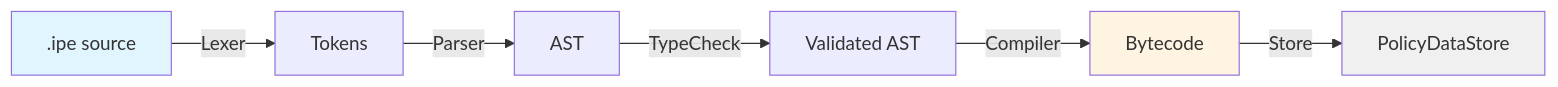
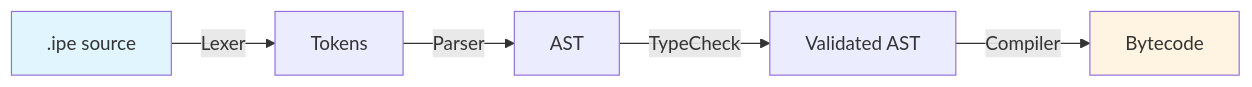
The ninth of 12 diagrams in docs/ARCHITECTURE.md (jrepp/ipe), drawn with Mermaid before and after one commit. The commit also changed other lines of this file and 5 other files, not shown here.

````diff
--- a/docs/ARCHITECTURE.md
+++ b/docs/ARCHITECTURE.md
@@ -368,12 +370,9 @@
 ```mermaid
 flowchart LR
     PS[".ipe source"] -->|Lexer| T[Tokens]
     T -->|Parser| AST[AST]
     AST -->|TypeCheck| VAST[Validated AST]
     VAST -->|Compiler| BC[Bytecode]
-    BC -->|Store| DS[PolicyDataStore]
-
     style PS fill:#e1f5ff
     style BC fill:#fff4e1
-    style DS fill:#f0f0f0
 ```
````
